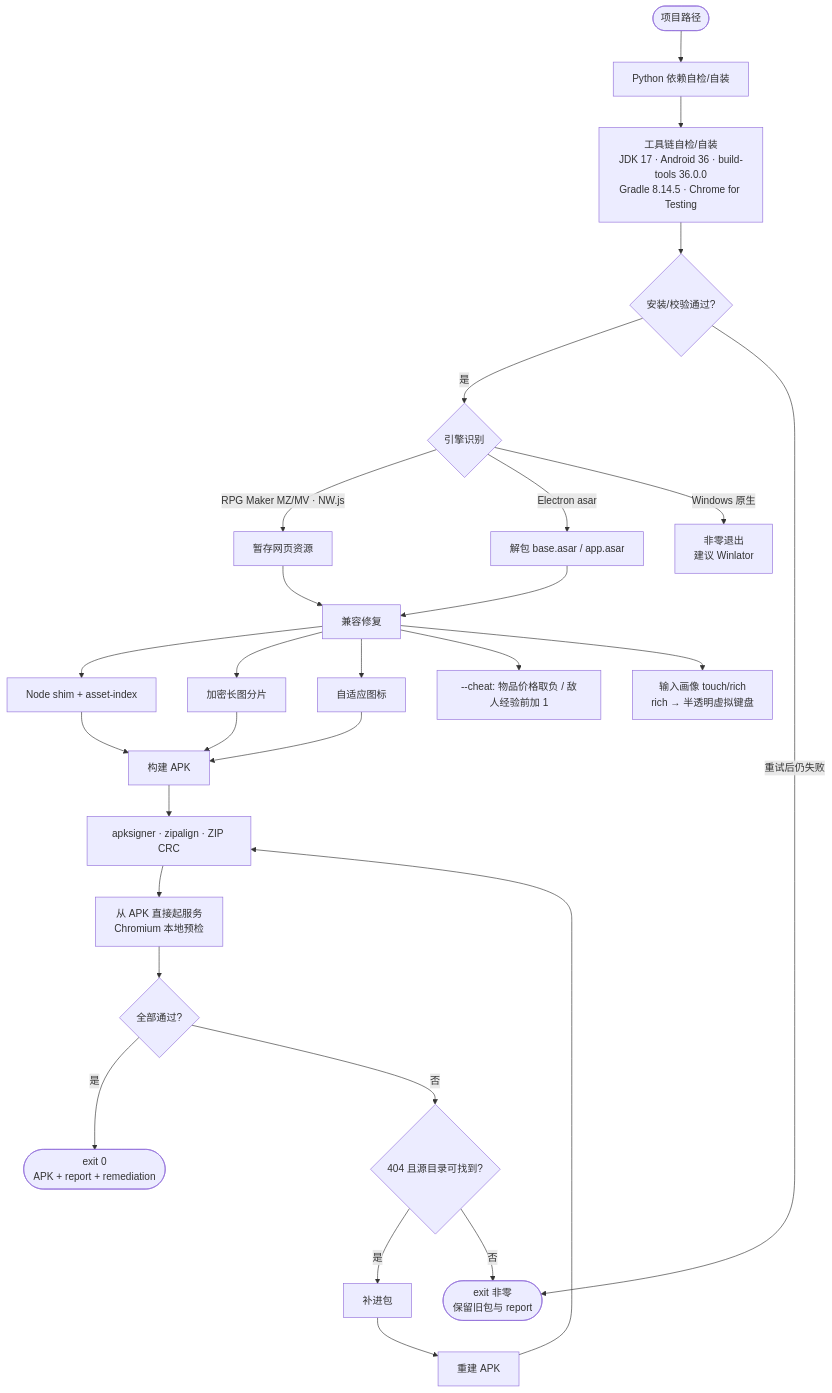
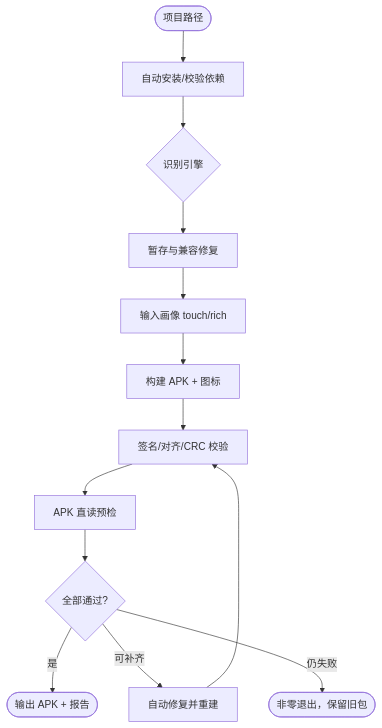
The diagram in README.md (SpellingDragon/pc2android), drawn with Mermaid before and after one commit. The commit also changed other lines of this file and 8 other files, not shown here.

````diff
--- a/README.md
+++ b/README.md
@@ -51,30 +107,15 @@
 ```mermaid
 flowchart TD
-    A(["项目路径"]) --> B["Python 依赖自检/自装"]
-    B --> C["工具链自检/自装<br/>JDK 17 · Android 36 · build-tools 36.0.0<br/>Gradle 8.14.5 · Chrome for Testing"]
-    C --> C1{"安装/校验通过?"}
-    C1 -->|"是"| D{"引擎识别"}
-    C1 -->|"重试后仍失败"| Z(["exit 非零<br/>保留旧包与 report"])
-    D -->|"RPG Maker MZ/MV · NW.js"| E["暂存网页资源"]
-    D -->|"Electron asar"| F["解包 base.asar / app.asar"]
-    D -->|"Windows 原生"| X["非零退出<br/>建议 Winlator"]
-    E --> G["兼容修复"]
-    F --> G
-    G --> G1["Node shim + asset-index"]
-    G --> G2["加密长图分片"]
-    G --> G3["自适应图标"]
-    G --> G4["--cheat: 物品价格取负 / 敌人经验前加 1"]
-    G --> G5["输入画像 touch/rich<br/>rich → 半透明虚拟键盘"]
-    G1 --> H["构建 APK"]
-    G2 --> H
-    G3 --> H
-    H --> I["apksigner · zipalign · ZIP CRC"]
-    I --> J["从 APK 直接起服务<br/>Chromium 本地预检"]
-    J --> K{"全部通过?"}
-    K -->|"是"| L(["exit 0<br/>APK + report + remediation"])
-    K -->|"否"| M{"404 且源目录可找到?"}
-    M -->|"是"| O["补进包"]
-    M -->|"否"| Z
-    O --> P["重建 APK"]
-    P --> I
+    A(["项目路径"]) --> B["自动安装/校验依赖"]
+    B --> C{"识别引擎"}
+    C --> D["暂存与兼容修复"]
+    D --> E["输入画像 touch/rich"]
+    E --> F["构建 APK + 图标"]
+    F --> G["签名/对齐/CRC 校验"]
+    G --> H["APK 直读预检"]
+    H --> I{"全部通过?"}
+    I -->|"是"| J(["输出 APK + 报告"])
+    I -->|"可补齐"| K["自动修复并重建"]
+    K --> G
+    I -->|"仍失败"| Z(["非零退出，保留旧包"])
 ```
````
